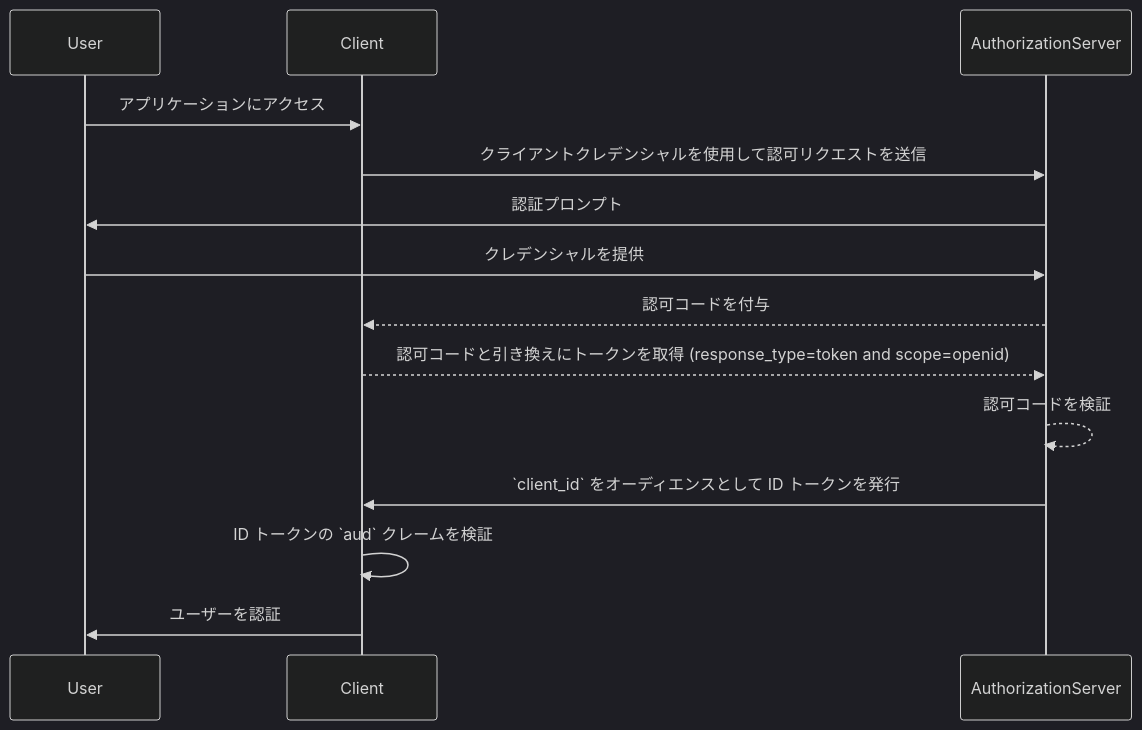
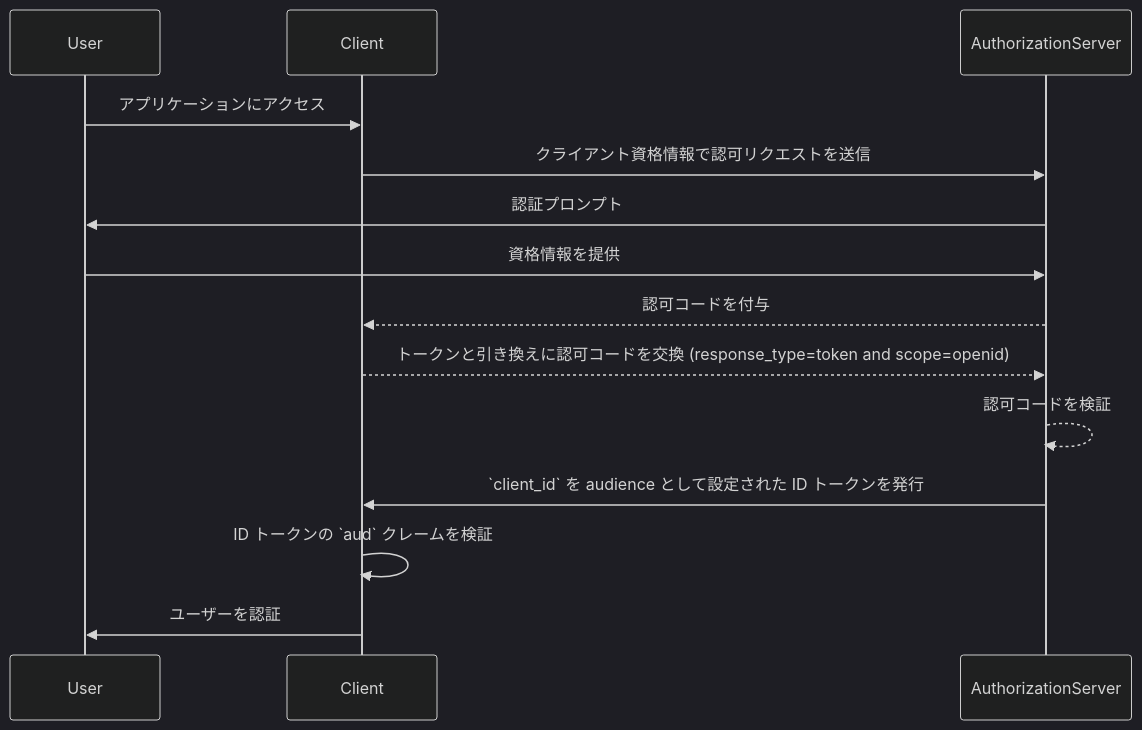
One commit to logto-io/auth-wiki changed the first of 2 diagrams in src/content/terms/ja/audience.mdx. Above: the diagram before and after it, drawn with Mermaid (dark theme). The commit also changed other lines of this file and 48 other files, not shown here.

````diff
--- a/src/content/terms/ja/audience.mdx
+++ b/src/content/terms/ja/audience.mdx
@@ -49,17 +49,17 @@
 ```mermaid
 sequenceDiagram
     participant User
     participant Client
     participant AuthorizationServer
 
     User->>Client: アプリケーションにアクセス
-    Client->>AuthorizationServer: クライアントクレデンシャルを使用して認可リクエストを送信
+    Client->>AuthorizationServer: クライアント資格情報で認可リクエストを送信
     AuthorizationServer->>User: 認証プロンプト
-    User->>AuthorizationServer: クレデンシャルを提供
+    User->>AuthorizationServer: 資格情報を提供
     AuthorizationServer-->>Client: 認可コードを付与
-    Client-->>AuthorizationServer: 認可コードと引き換えにトークンを取得 (response_type=token and scope=openid)
+    Client-->>AuthorizationServer: トークンと引き換えに認可コードを交換 (response_type=token and scope=openid)
     AuthorizationServer-->>AuthorizationServer: 認可コードを検証
-    AuthorizationServer->>Client: `client_id` をオーディエンスとして ID トークンを発行
-    Client->>Client: ID トークンの `aud` クレームを検証
+    AuthorizationServer->>Client: `client_id` を audience として設定された ID トークンを発行
+    Client->> Client: ID トークンの `aud` クレームを検証
     Client->>User: ユーザーを認証
 ```
````
